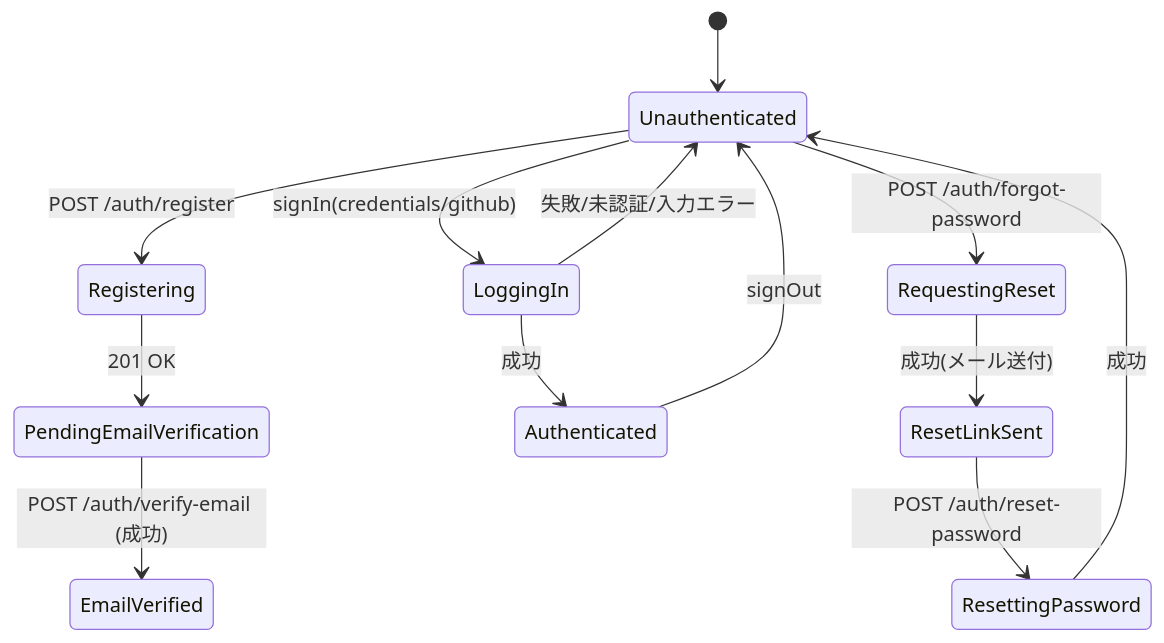
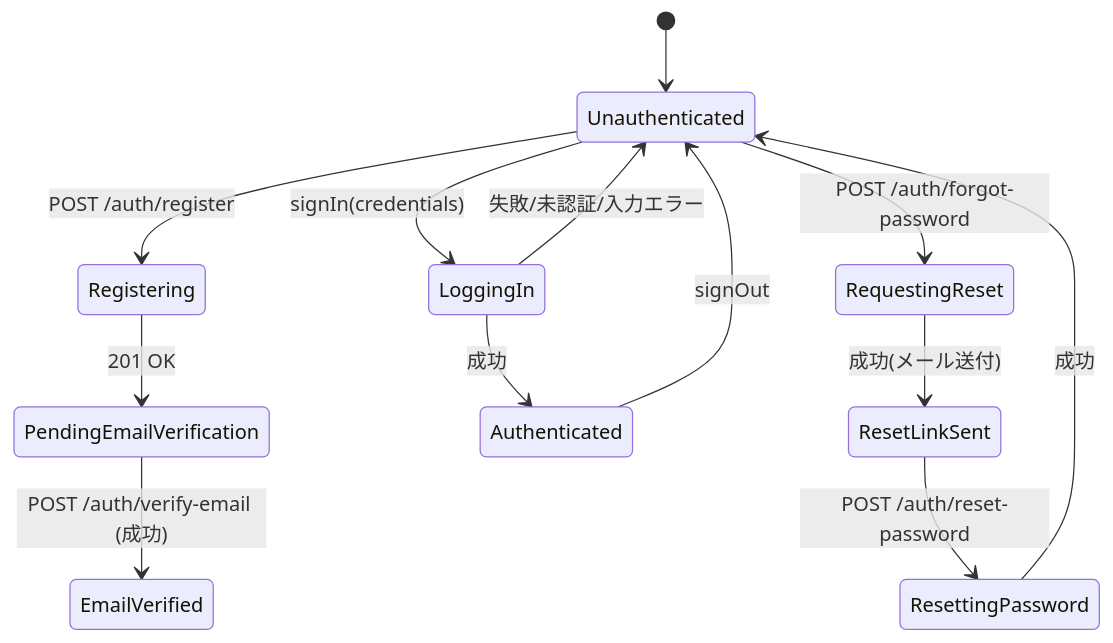
Before and after one commit to KazukiKandaKK/praccode: the first of 3 diagrams in apps/frontend/docs/frontend-state.md, drawn with Mermaid. The commit also changed 12 other files, not shown here.

````diff
--- a/apps/frontend/docs/frontend-state.md
+++ b/apps/frontend/docs/frontend-state.md
@@ -6,15 +6,15 @@
 ```mermaid
 stateDiagram-v2
     [*] --> Unauthenticated
     Unauthenticated --> Registering : POST /auth/register
     Registering --> PendingEmailVerification : 201 OK
     PendingEmailVerification --> EmailVerified : POST /auth/verify-email (成功)
-    Unauthenticated --> LoggingIn : signIn(credentials/github)
+    Unauthenticated --> LoggingIn : signIn(credentials)
     LoggingIn --> Authenticated : 成功
     LoggingIn --> Unauthenticated : 失敗/未認証/入力エラー
     Unauthenticated --> RequestingReset : POST /auth/forgot-password
     RequestingReset --> ResetLinkSent : 成功(メール送付)
     ResetLinkSent --> ResettingPassword : POST /auth/reset-password
     ResettingPassword --> Unauthenticated : 成功
     Authenticated --> Unauthenticated : signOut
 ```
````
